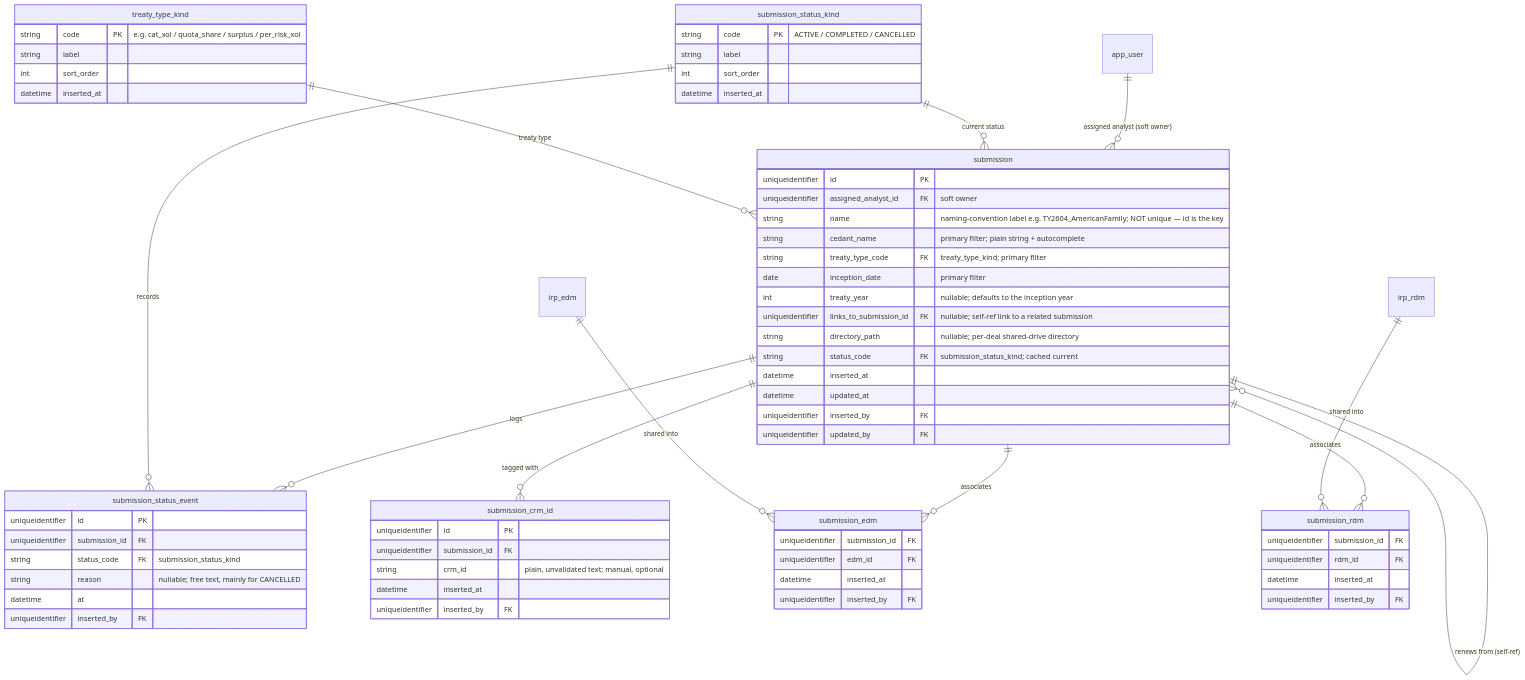
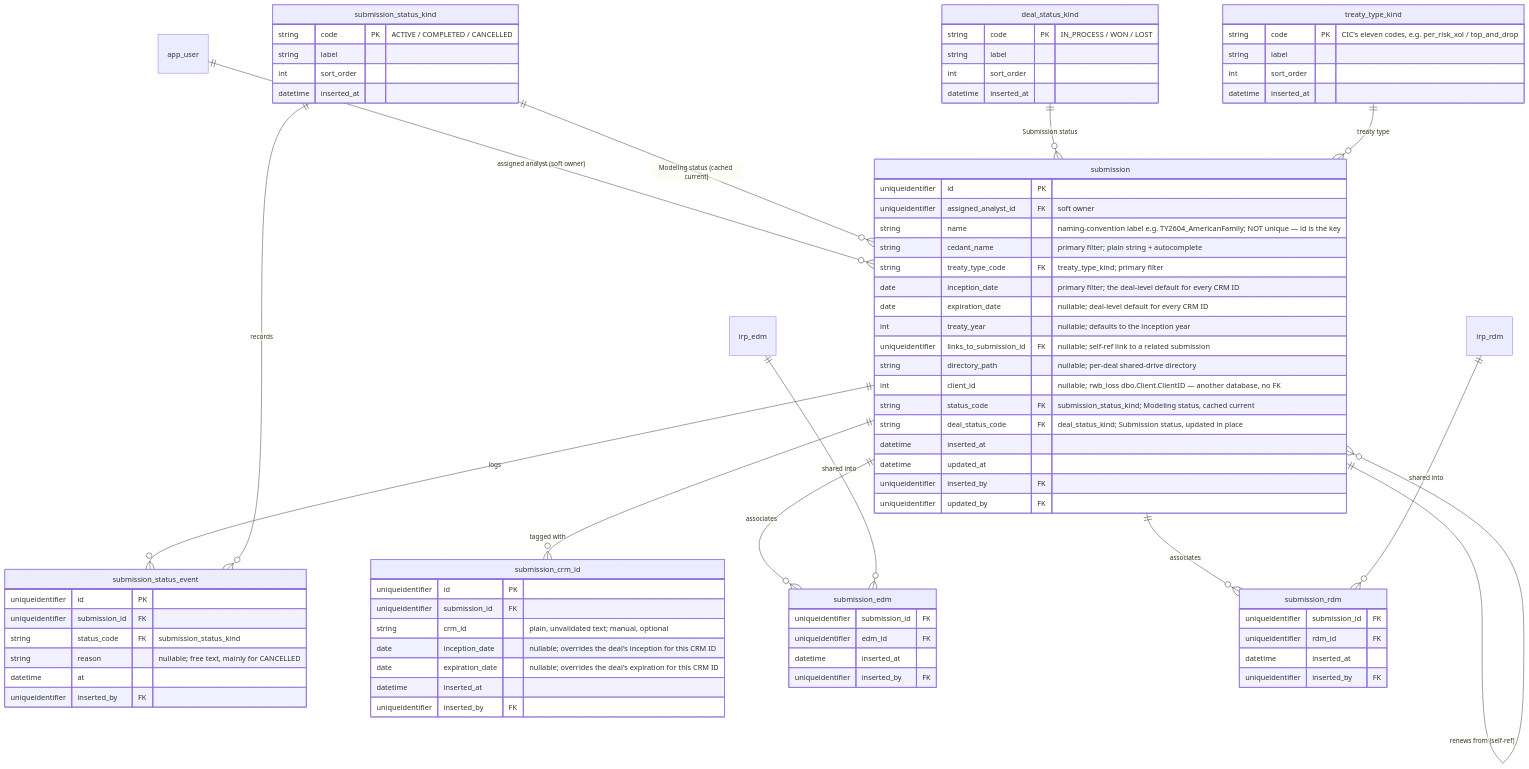
Before and after one commit to anilvenugopal/risk-workbench: the second of 8 diagrams in docs/DATA_MODEL.md, drawn with Mermaid. The commit also changed other lines of this file and 12 other files, not shown here.

````diff
--- a/docs/DATA_MODEL.md
+++ b/docs/DATA_MODEL.md
@@ -91,70 +91,82 @@
 ```mermaid
 erDiagram
   app_user ||--o{ submission : "assigned analyst (soft owner)"
   submission ||--o{ submission_status_event : logs
   submission ||--o{ submission_crm_id : "tagged with"
-  submission_status_kind ||--o{ submission : "current status"
+  submission_status_kind ||--o{ submission : "Modeling status (cached current)"
   submission_status_kind ||--o{ submission_status_event : records
+  deal_status_kind ||--o{ submission : "Submission status"
   treaty_type_kind ||--o{ submission : "treaty type"
   submission ||--o{ submission : "renews from (self-ref)"
   submission ||--o{ submission_edm : associates
   irp_edm ||--o{ submission_edm : "shared into"
   submission ||--o{ submission_rdm : associates
   irp_rdm ||--o{ submission_rdm : "shared into"
 
   submission {
     uniqueidentifier id PK
     uniqueidentifier assigned_analyst_id FK "soft owner"
     string name "naming-convention label e.g. TY2604_AmericanFamily; NOT unique — id is the key"
     string cedant_name "primary filter; plain string + autocomplete"
     string treaty_type_code FK "treaty_type_kind; primary filter"
-    date inception_date "primary filter"
+    date inception_date "primary filter; the deal-level default for every CRM ID"
+    date expiration_date "nullable; deal-level default for every CRM ID"
     int treaty_year "nullable; defaults to the inception year"
     uniqueidentifier links_to_submission_id FK "nullable; self-ref link to a related submission"
     string directory_path "nullable; per-deal shared-drive directory"
-    string status_code FK "submission_status_kind; cached current"
+    int client_id "nullable; rwb_loss dbo.Client.ClientID — another database, no FK"
+    string status_code FK "submission_status_kind; Modeling status, cached current"
+    string deal_status_code FK "deal_status_kind; Submission status, updated in place"
     datetime inserted_at
     datetime updated_at
     uniqueidentifier inserted_by FK
     uniqueidentifier updated_by FK
   }
   submission_crm_id {
     uniqueidentifier id PK
     uniqueidentifier submission_id FK
     string crm_id "plain, unvalidated text; manual, optional"
+    date inception_date "nullable; overrides the deal's inception for this CRM ID"
+    date expiration_date "nullable; overrides the deal's expiration for this CRM ID"
     datetime inserted_at
     uniqueidentifier inserted_by FK
   }
   treaty_type_kind {
-    string code PK "e.g. cat_xol / quota_share / surplus / per_risk_xol"
+    string code PK "CIC's eleven codes, e.g. per_risk_xol / top_and_drop"
     string label
     int sort_order
     datetime inserted_at
   }
   submission_status_kind {
     string code PK "ACTIVE / COMPLETED / CANCELLED"
+    string label
+    int sort_order
+    datetime inserted_at
+  }
+  deal_status_kind {
+    string code PK "IN_PROCESS / WON / LOST"
     string label
     int sort_order
     datetime inserted_at
   }
   submission_status_event {
     uniqueidentifier id PK
     uniqueidentifier submission_id FK
     string status_code FK "submission_status_kind"
     string reason "nullable; free text, mainly for CANCELLED"
     datetime at
     uniqueidentifier inserted_by FK
   }
   submission_edm {
     uniqueidentifier submission_id FK
     uniqueidentifier edm_id FK
     datetime inserted_at
     uniqueidentifier inserted_by FK
   }
   submission_rdm {
     uniqueidentifier submission_id FK
     uniqueidentifier rdm_id FK
     datetime inserted_at
     uniqueidentifier inserted_by FK
   }
 ```
````
